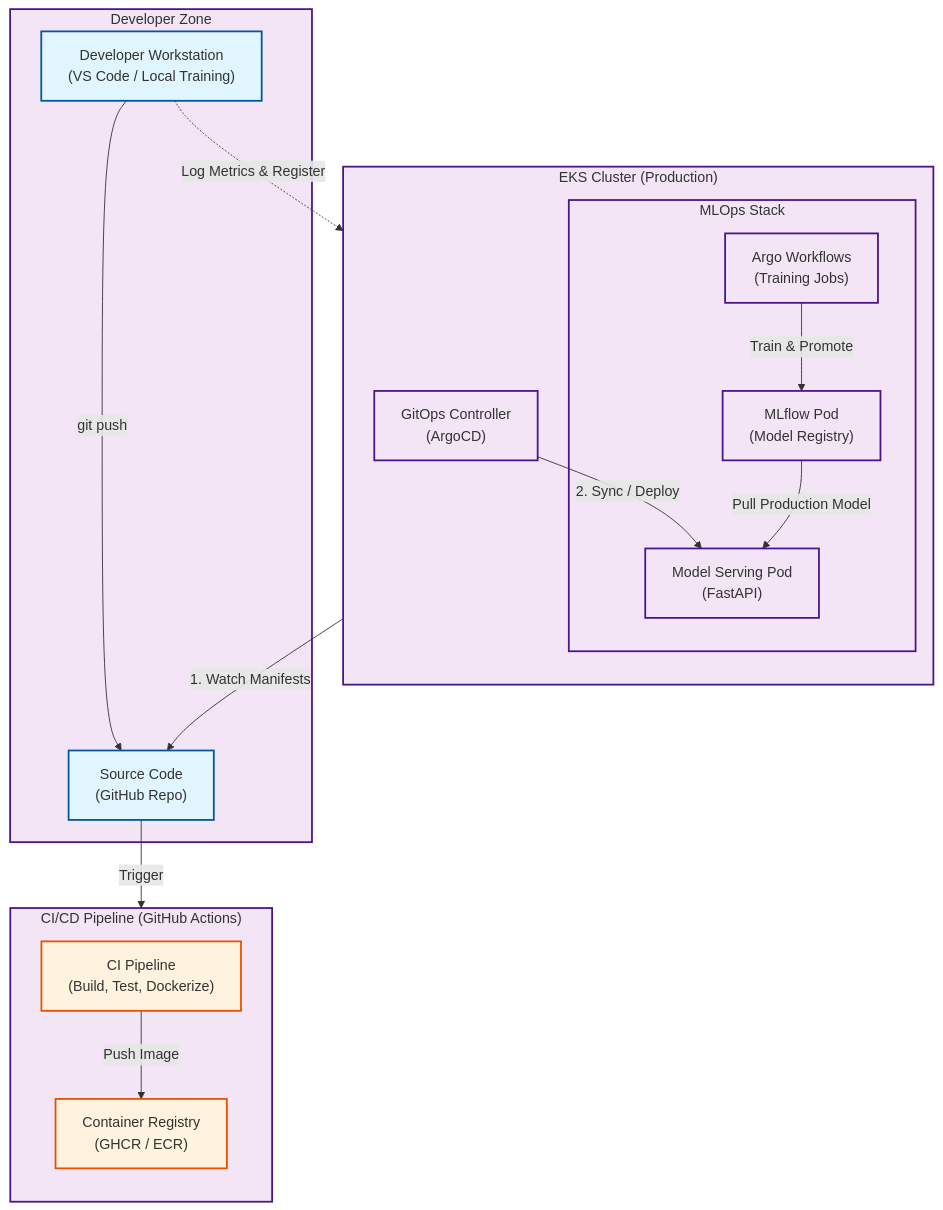
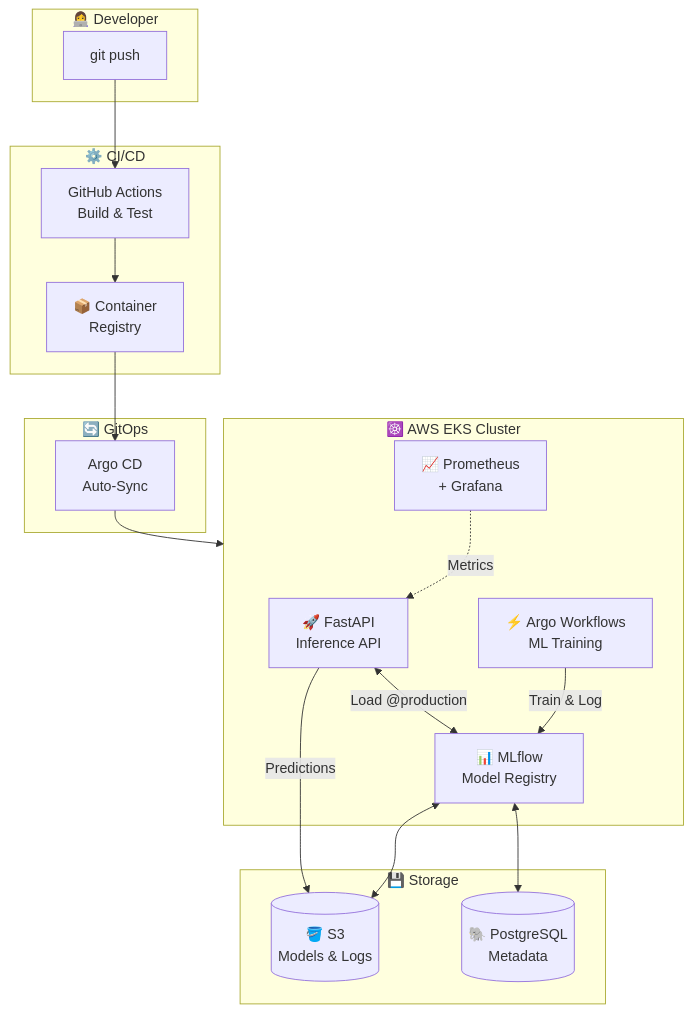
One commit to surabhisahay03/cloudguard-sentinel changed the diagram in README.md. Above: the diagram before and after it, drawn with Mermaid. The commit also changed other lines of this file, not shown here.

````diff
--- a/README.md
+++ b/README.md
@@ -36,48 +11,36 @@
 ```mermaid
-graph TD
-    subgraph DevZone ["Developer Zone"]
-        Workstation["Developer Workstation<br/>(VS Code / Local Training)"]
-        GitHub["Source Code<br/>(GitHub Repo)"]
+flowchart TB
+    subgraph Dev["👩‍💻 Developer"]
+        Push["git push"]
     end
 
-    subgraph CI_Pipeline ["CI/CD Pipeline (GitHub Actions)"]
-        direction TB
-        CI["CI Pipeline<br/>(Build, Test, Dockerize)"]
-        Registry["Container Registry<br/>(GHCR / ECR)"]
+    subgraph CI["⚙️ CI/CD"]
+        GHA["GitHub Actions<br/>Build & Test"]
+        GHCR["📦 Container<br/>Registry"]
     end
 
-    subgraph Cluster ["EKS Cluster (Production)"]
-        direction TB
-        ArgoCD["GitOps Controller<br/>(ArgoCD)"]
-        
-        subgraph MLOps_Runtime ["MLOps Stack"]
-            Serving["Model Serving Pod<br/>(FastAPI)"]
-            MLflow["MLflow Pod<br/>(Model Registry)"]
-            Workflows["Argo Workflows<br/>(Training Jobs)"]
-        end
+    subgraph GitOps["🔄 GitOps"]
+        ArgoCD["Argo CD<br/>Auto-Sync"]
     end
 
-    %% Developer Actions
-    Workstation -->|git push| GitHub
-    Workstation -.->|Log Metrics & Register| MLflow
+    subgraph EKS["☸️ AWS EKS Cluster"]
+        API["🚀 FastAPI<br/>Inference API"]
+        MLflow["📊 MLflow<br/>Model Registry"]
+        Training["⚡ Argo Workflows<br/>ML Training"]
+        Monitor["📈 Prometheus<br/>+ Grafana"]
+    end
 
-    %% CI Flow
-    GitHub -->|Trigger| CI
-    CI -->|Push Image| Registry
+    subgraph Storage["💾 Storage"]
+        S3[("🪣 S3<br/>Models & Logs")]
+        PG[("🐘 PostgreSQL<br/>Metadata")]
+    end
 
-    %% CD Flow
-    ArgoCD -->|1. Watch Manifests| GitHub
-    ArgoCD -->|2. Sync / Deploy| Serving
-
-    %% MLOps Data Flow
-    MLflow -->|Pull Production Model| Serving
-    Workflows -->|Train & Promote| MLflow
-
-    classDef dev fill:#e1f5fe,stroke:#01579b,stroke-width:2px;
-    classDef pipeline fill:#fff3e0,stroke:#e65100,stroke-width:2px;
-    classDef cluster fill:#f3e5f5,stroke:#4a148c,stroke-width:2px;
+    Push --> GHA --> GHCR --> ArgoCD --> EKS
     
-    class Workstation,GitHub dev;
-    class CI,Registry pipeline;
-    class ArgoCD,Serving,MLflow,Workflows cluster;
+    Training -->|"Train & Log"| MLflow
+    MLflow <--> S3
+    MLflow <--> PG
+    API <-->|"Load @production"| MLflow
+    API -->|"Predictions"| S3
+    Monitor -.->|"Metrics"| API
 ```
````
